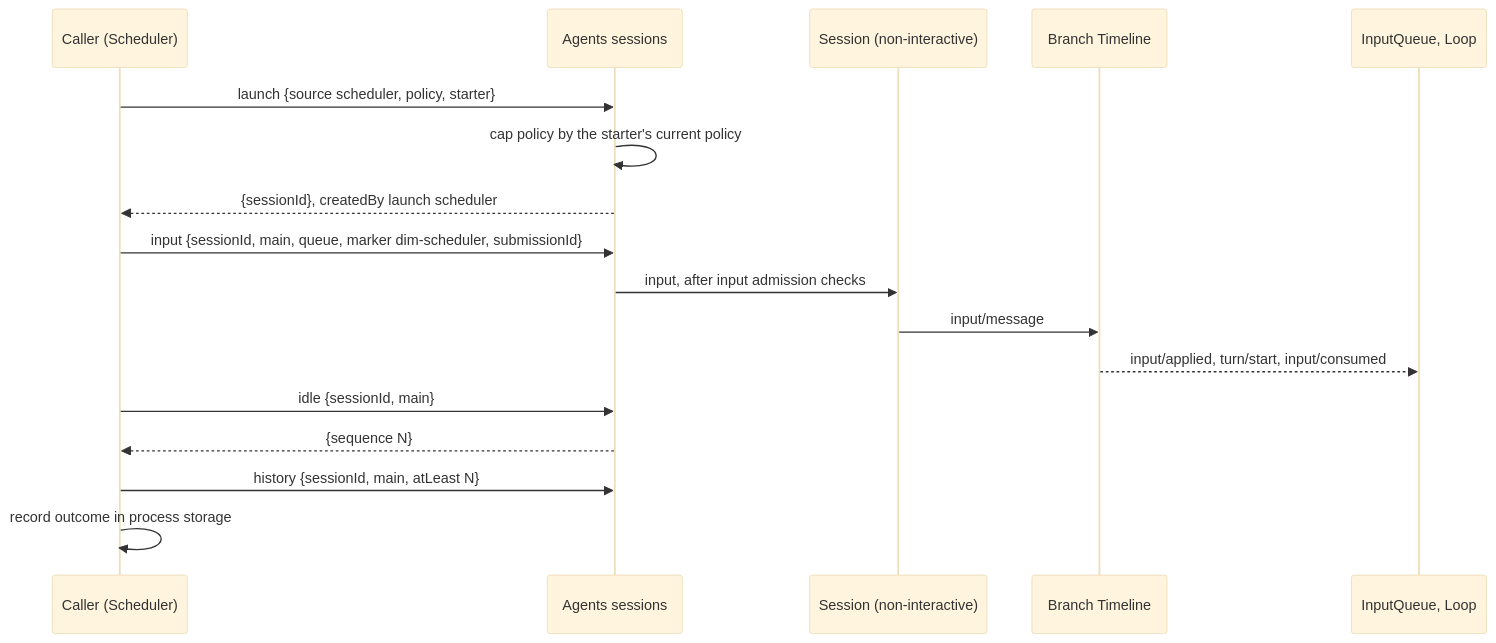
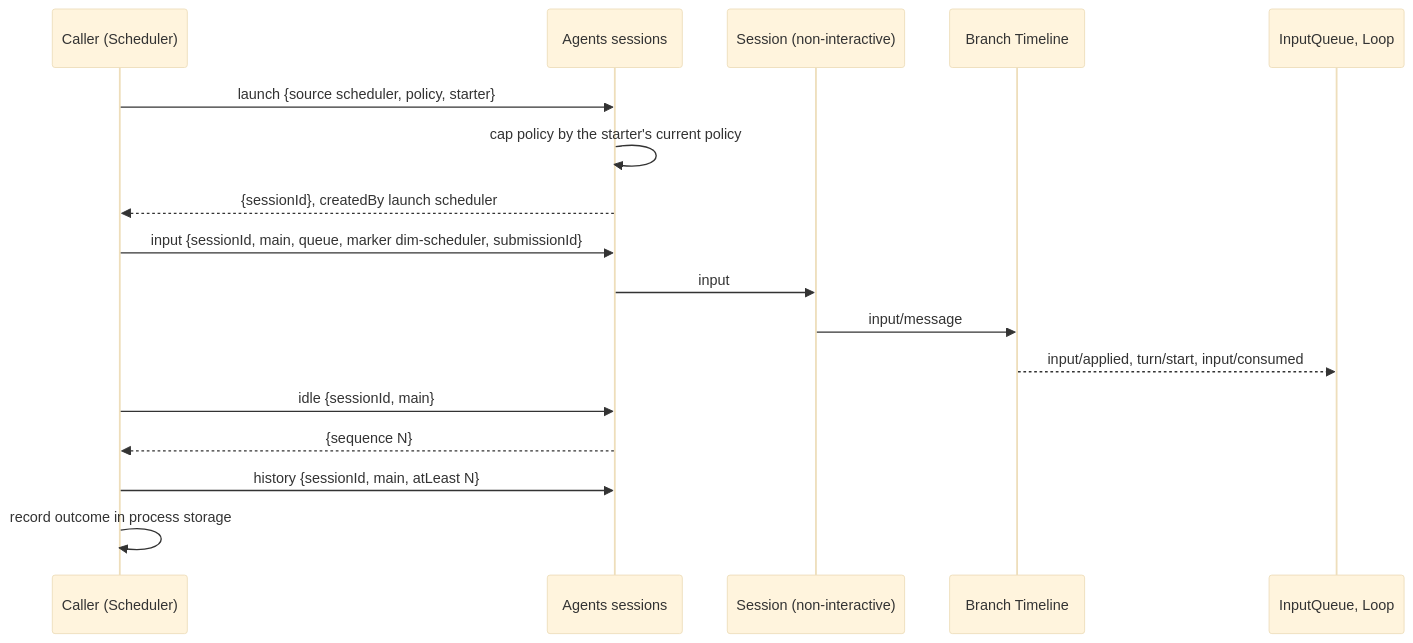
The second of 3 diagrams in docs/design/contracts/session-access.md (CoutinhoTTS/dim-agent), drawn with Mermaid (base theme) before and after one commit. The commit also changed other lines of this file and 18 other files, not shown here.

````diff
--- a/docs/design/contracts/session-access.md
+++ b/docs/design/contracts/session-access.md
@@ -77,19 +77,19 @@
 ```mermaid
 sequenceDiagram
   participant C as Caller (Scheduler)
   participant AI as Agents sessions
   participant S as Session (non-interactive)
   participant TL as Branch Timeline
   participant L as InputQueue, Loop
   C->>AI: launch {source scheduler, policy, starter}
   AI->>AI: cap policy by the starter's current policy
   AI-->>C: {sessionId}, createdBy launch scheduler
   C->>AI: input {sessionId, main, queue, marker dim-scheduler, submissionId}
-  AI->>S: input, after input admission checks
+  AI->>S: input
   S->>TL: input/message
   TL-->>L: input/applied, turn/start, input/consumed
   C->>AI: idle {sessionId, main}
   AI-->>C: {sequence N}
   C->>AI: history {sessionId, main, atLeast N}
   C->>C: record outcome in process storage
 ```
````
